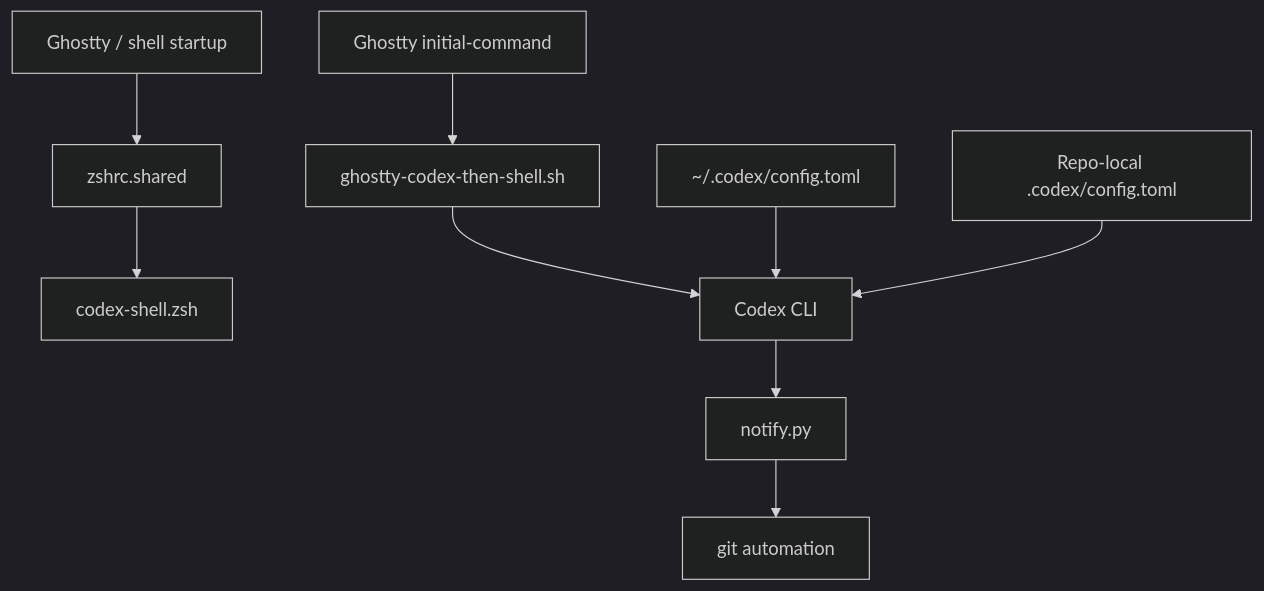
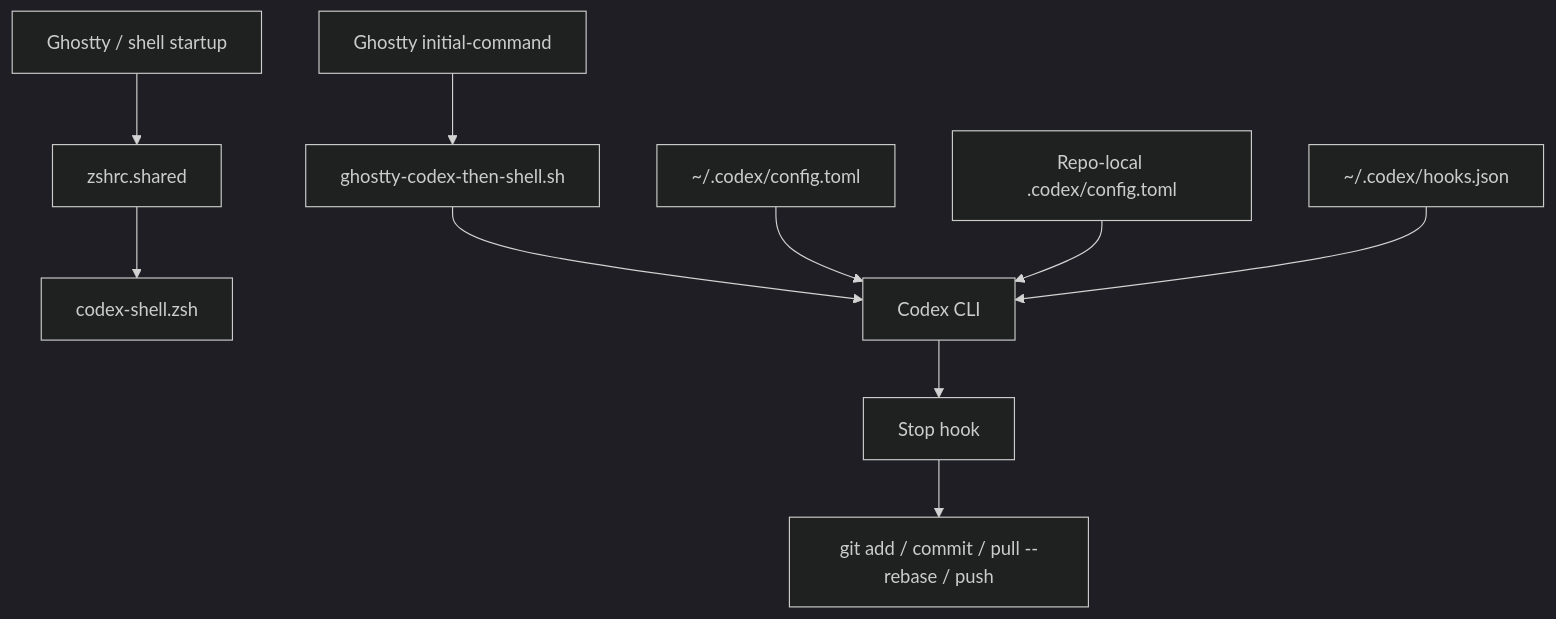
One commit to wisdom-in-a-nutshell/.agents changed the third of 3 diagrams in docs/architecture/codex-control-plane.md. Above: the diagram before and after it, drawn with Mermaid (dark theme). The commit also changed 16 other files, not shown here.

````diff
--- a/docs/architecture/codex-control-plane.md
+++ b/docs/architecture/codex-control-plane.md
@@ -72,11 +72,12 @@
 ```mermaid
 flowchart TD
     A[Ghostty / shell startup] --> B[zshrc.shared]
     B --> C[codex-shell.zsh]
     H[Ghostty initial-command] --> I[ghostty-codex-then-shell.sh]
     I --> J[Codex CLI]
     D[~/.codex/config.toml] --> J
     E[Repo-local .codex/config.toml] --> J
-    J --> F[notify.py]
-    F --> G[git automation]
+    K[~/.codex/hooks.json] --> J
+    J --> F[Stop hook]
+    F --> G[git add / commit / pull --rebase / push]
 ```
````
